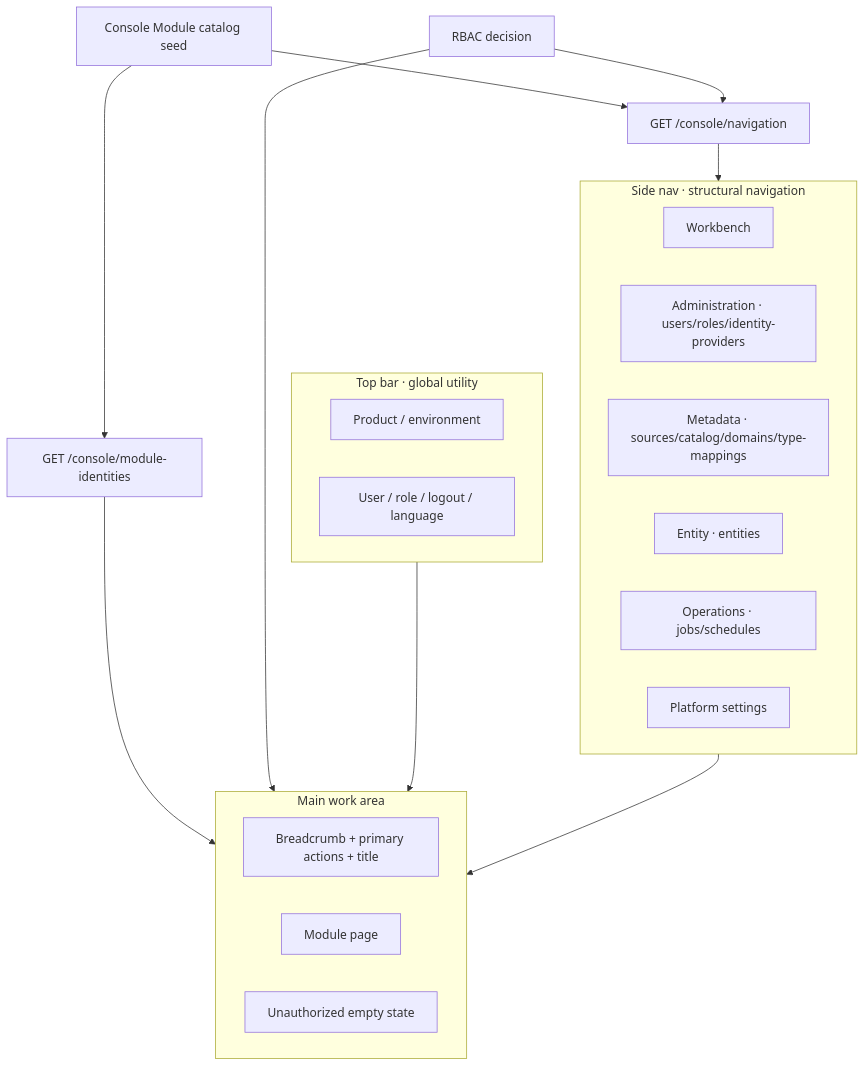
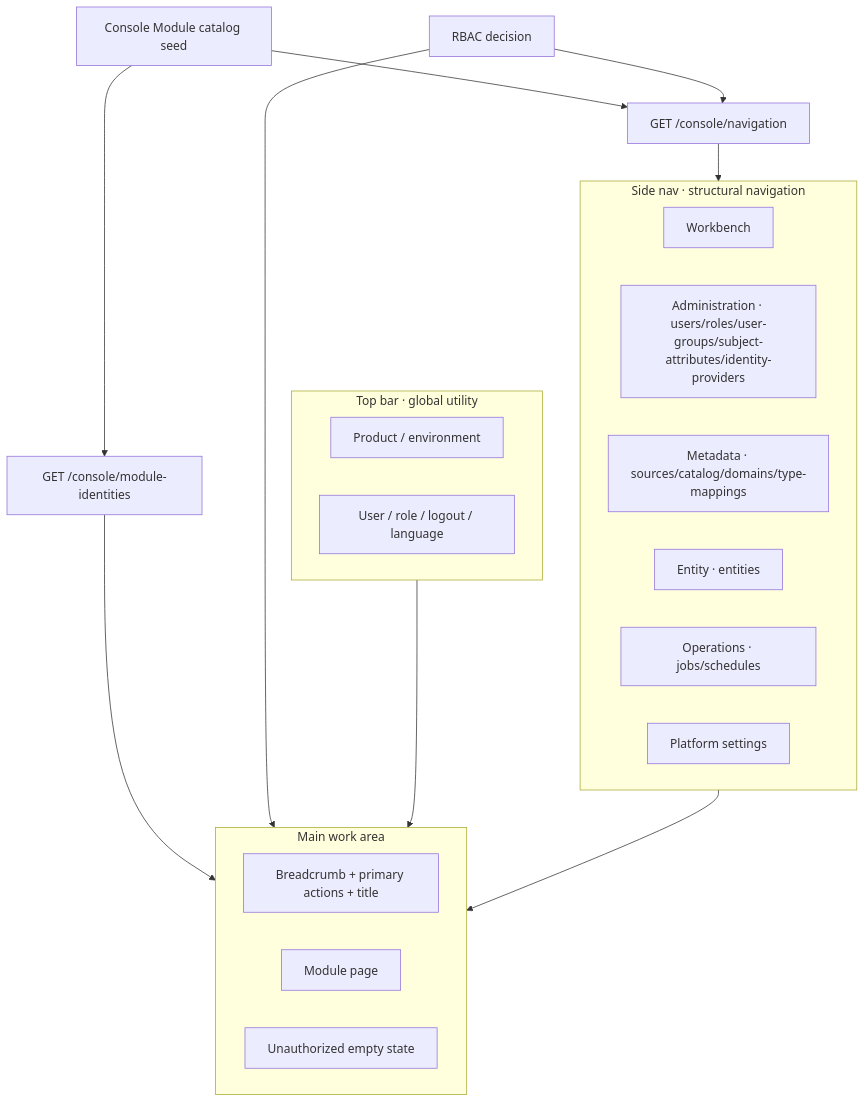
Before and after one commit to hughluang/refraq: the diagram in docs/business-management-console.md, drawn with Mermaid. The commit also changed other lines of this file and 160 other files, not shown here.

First line of the commit message:
feat(subjects): introduce user group and subject attribute management

````diff
--- a/docs/business-management-console.md
+++ b/docs/business-management-console.md
@@ -74,31 +75,31 @@
 ```mermaid
 flowchart TB
   subgraph TopBar["Top bar · global utility"]
     Brand["Product / environment"]
     UserMenu["User / role / logout / language"]
   end
 
   subgraph SideNav["Side nav · structural navigation"]
     G1["Workbench"]
-    G2["Administration · users/roles/identity-providers"]
+    G2["Administration · users/roles/user-groups/subject-attributes/identity-providers"]
     G3["Metadata · sources/catalog/domains/type-mappings"]
     G4["Entity · entities"]
     G5["Operations · jobs/schedules"]
     G6["Platform settings"]
   end
 
   subgraph Main["Main work area"]
     Chrome["Breadcrumb + primary actions + title"]
     Body["Module page"]
     Empty["Unauthorized empty state"]
   end
 
   Catalog["Console Module catalog seed"] --> NavAPI["GET /console/navigation"]
   Catalog --> IdAPI["GET /console/module-identities"]
   RBAC["RBAC decision"] --> NavAPI
   NavAPI --> SideNav
   IdAPI --> Main
   RBAC --> Main
   TopBar --> Main
   SideNav --> Main
 ```
````
